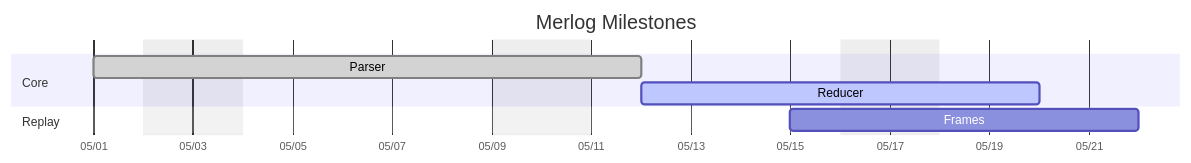
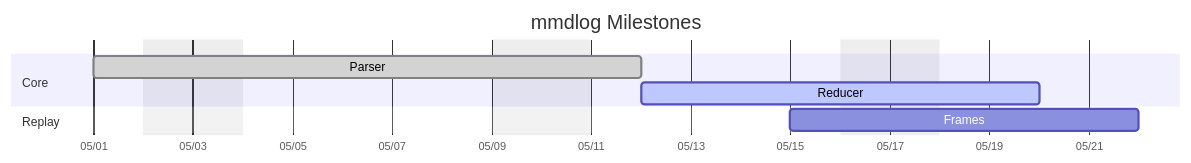
The seventh of 12 diagrams in README.md (grf53/mmdlog), drawn with Mermaid before and after one commit. The commit also changed other lines of this file and 10 other files, not shown here.

````diff
--- a/README.md
+++ b/README.md
@@ -310,12 +310,12 @@
 ```mermaid
 gantt
-  title Merlog Milestones
+  title mmdlog Milestones
   dateFormat YYYY-MM-DD
   axisFormat %m/%d
   excludes weekends
   section Core
   Parser : done, p1, 2026-05-01, 7d
   Reducer : active, p2, after p1, 6d
   section Replay
   Frames : p3, 2026-05-15, 5d
 ```
````
